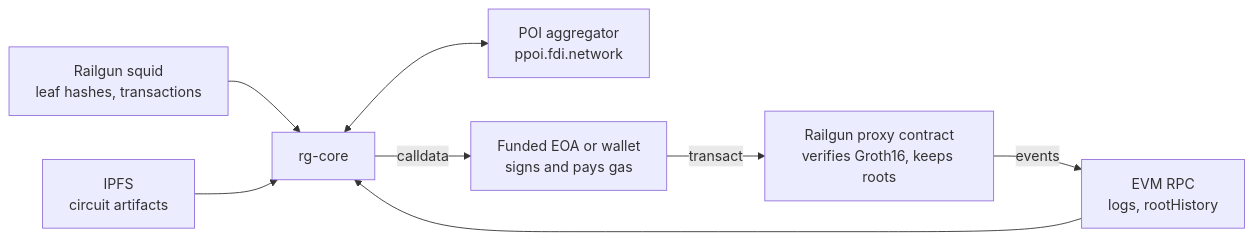
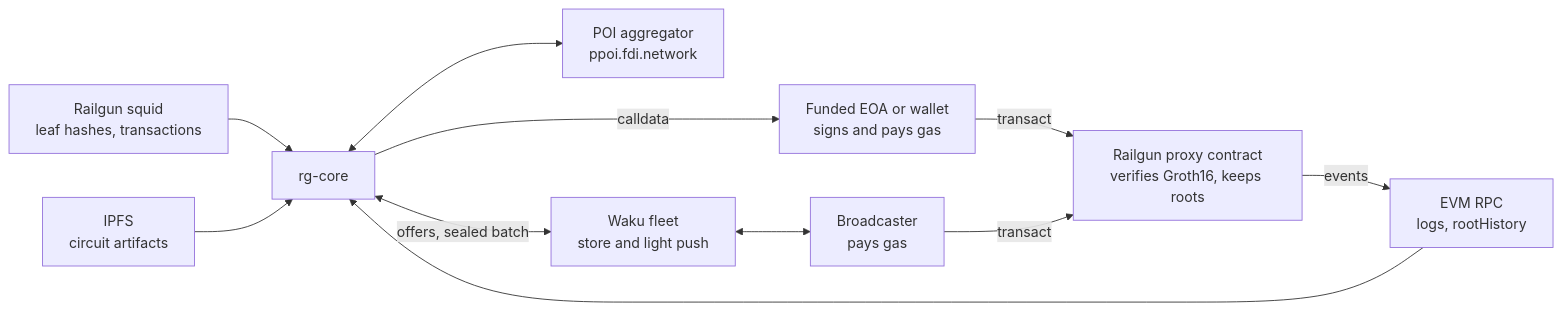
Before and after one commit to hewigovens/railgun.rs: the second of 6 diagrams in docs/architecture.md, drawn with Mermaid. The commit also changed other lines of this file and 44 other files, not shown here.

Commit message:
Send through broadcasters over Waku: signed fee offers, a fee note, pre-transaction POIs and sealed requests

````diff
--- a/docs/architecture.md
+++ b/docs/architecture.md
@@ -55,18 +59,23 @@
 ```mermaid
 flowchart LR
     core["rg-core"]
     rpc["EVM RPC<br/>logs, rootHistory"]
     squid["Railgun squid<br/>leaf hashes, transactions"]
     proxy["Railgun proxy contract<br/>verifies Groth16, keeps roots"]
     node["POI aggregator<br/>ppoi.fdi.network"]
     ipfs["IPFS<br/>circuit artifacts"]
     eoa["Funded EOA or wallet<br/>signs and pays gas"]
+    waku["Waku fleet<br/>store and light push"]
+    broadcaster["Broadcaster<br/>pays gas"]
 
     rpc --> core
     squid --> core
     ipfs --> core
     core <--> node
     core -->|calldata| eoa
     eoa -->|transact| proxy
+    core <-->|offers, sealed batch| waku
+    waku <--> broadcaster
+    broadcaster -->|transact| proxy
     proxy -->|events| rpc
 ```
````
